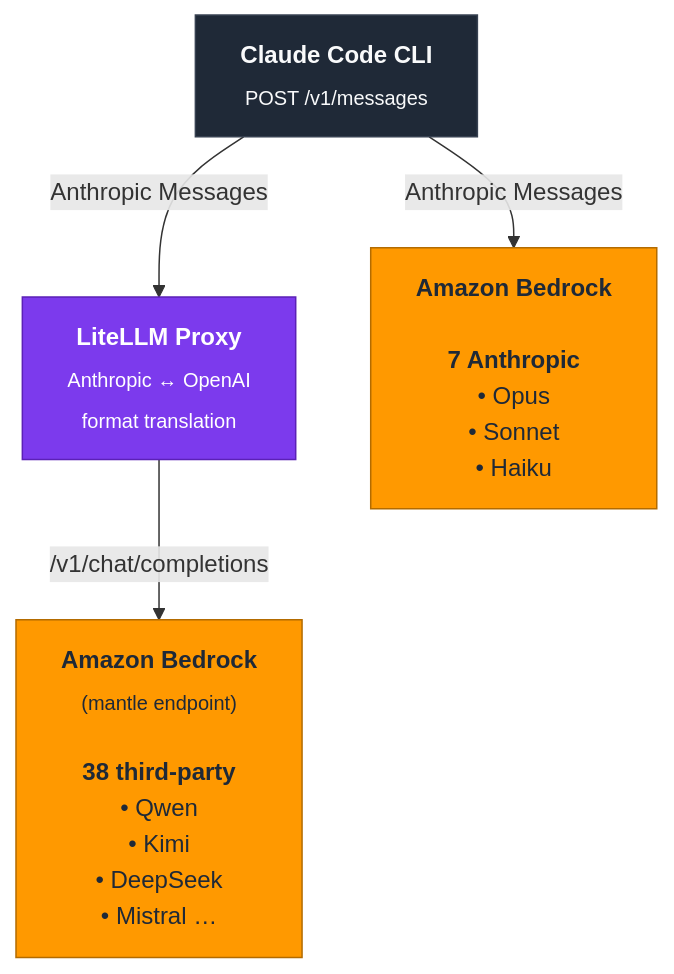
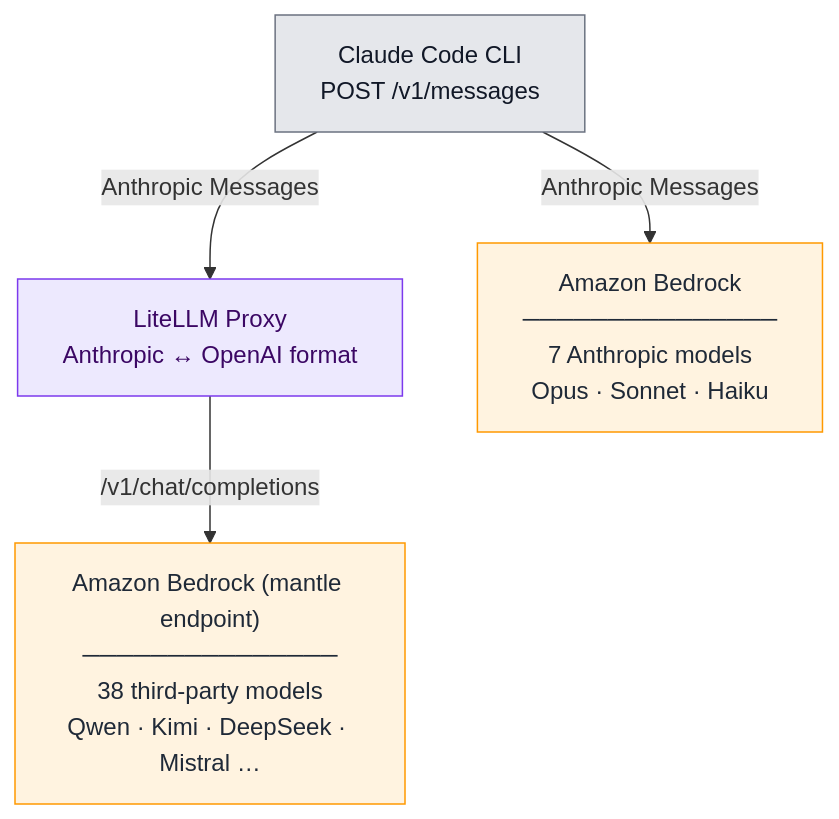
One commit to aws-samples/sample-claude-code-multi-model changed the diagram in bedrock/README.md. Above: the diagram before and after it, drawn with Mermaid. The commit also changed 2 other files, not shown here.

Commit message:
Fix Mermaid diagram clipping and tone down colors
The first Mermaid pass had two visible problems on GitHub:

1. Box text was clipped (e.g. "Claude Code CL" instead of "Claude Code CLI",
   "POST /v1/messag" instead of "POST /v1/messages"). This was caused by HTML
   tags (<b>, <sub>) inside node labels — Mermaid measures box width based on
   the unrendered label and undersizes when sub/strong tags compress text.

2. The saturated AWS-orange and bright-purple fills were loud for technical
   docs.

Changes:
- Drop all HTML tags from node labels (<b>, <sub>); use plain text + <br/> for
  line breaks. Mermaid sizes the boxes correctly now.
- Use lighter, less saturated palette: light grey for the agent, lavender for
  the proxy, soft cream for the Bedrock/EC2 nodes (with the AWS-orange as the
  border accent rather than the fill).
- Add a horizontal rule (───) inside the Bedrock nodes to visually separate
  the service name from the model list.
- Switch -->|label|node syntax to -- "label" --> node so labels with slashes
  and arrows render cleanly.

Diagrams pushed to origin only for preview; aws-samples mirror waits until
the rendering is verified.

````diff
--- a/bedrock/README.md
+++ b/bedrock/README.md
@@ -24,20 +24,18 @@
 ```mermaid
 flowchart TD
-    CC["<b>Claude Code CLI</b><br/><sub>POST /v1/messages</sub>"]
+    CC["Claude Code CLI<br/>POST /v1/messages"]
+    Proxy["LiteLLM Proxy<br/>Anthropic ↔ OpenAI format"]
+    BedrockA["Amazon Bedrock<br/>───────────────<br/>7 Anthropic models<br/>Opus · Sonnet · Haiku"]
+    BedrockM["Amazon Bedrock (mantle endpoint)<br/>───────────────<br/>38 third-party models<br/>Qwen · Kimi · DeepSeek · Mistral …"]
 
-    Proxy["<b>LiteLLM Proxy</b><br/><sub>Anthropic ↔ OpenAI<br/>format translation</sub>"]
+    CC -- "Anthropic Messages" --> BedrockA
+    CC -- "Anthropic Messages" --> Proxy
+    Proxy -- "/v1/chat/completions" --> BedrockM
 
-    BedrockA["<b>Amazon Bedrock</b><br/><br/><b>7 Anthropic</b><br/>• Opus<br/>• Sonnet<br/>• Haiku"]
-    BedrockM["<b>Amazon Bedrock</b><br/><sub>(mantle endpoint)</sub><br/><br/><b>38 third-party</b><br/>• Qwen<br/>• Kimi<br/>• DeepSeek<br/>• Mistral …"]
-
-    CC -->|Anthropic Messages| BedrockA
-    CC -->|Anthropic Messages| Proxy
-    Proxy -->|/v1/chat/completions| BedrockM
-
-    classDef agent fill:#1F2937,stroke:#374151,color:#F9FAFB
-    classDef proxy fill:#7C3AED,stroke:#5B21B6,color:#FFFFFF
-    classDef bedrock fill:#FF9900,stroke:#B36B00,color:#1F2937
+    classDef agent fill:#E5E7EB,stroke:#6B7280,color:#111827
+    classDef proxy fill:#EDE9FE,stroke:#7C3AED,color:#3B0764
+    classDef bedrock fill:#FFF3E0,stroke:#FF9900,color:#1F2937
     class CC agent
     class Proxy proxy
     class BedrockA,BedrockM bedrock
 ```
````
